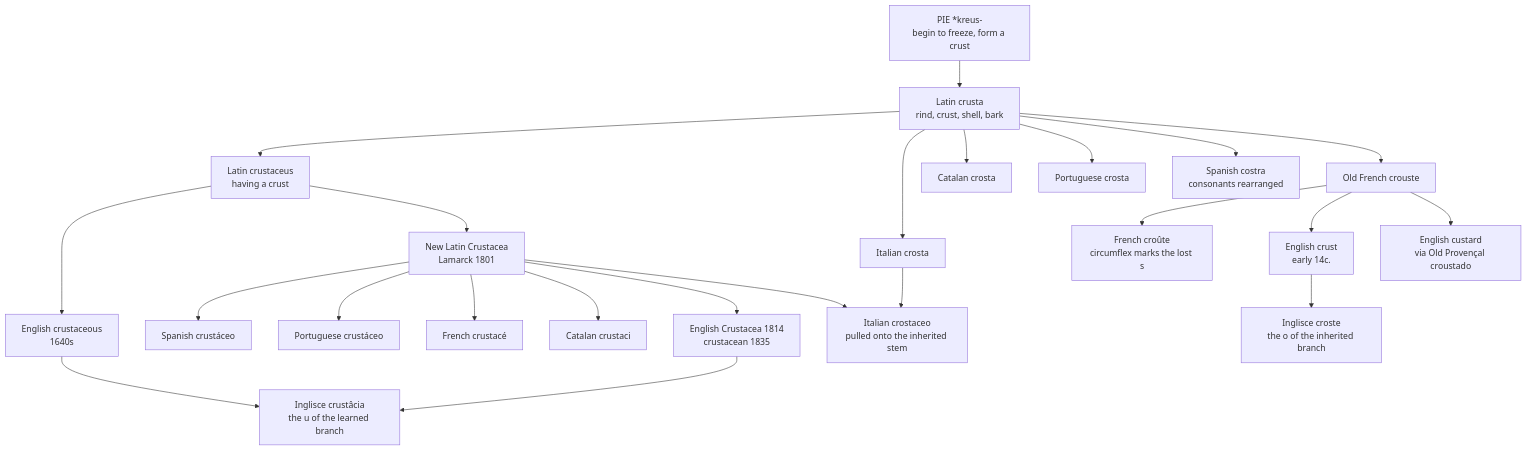
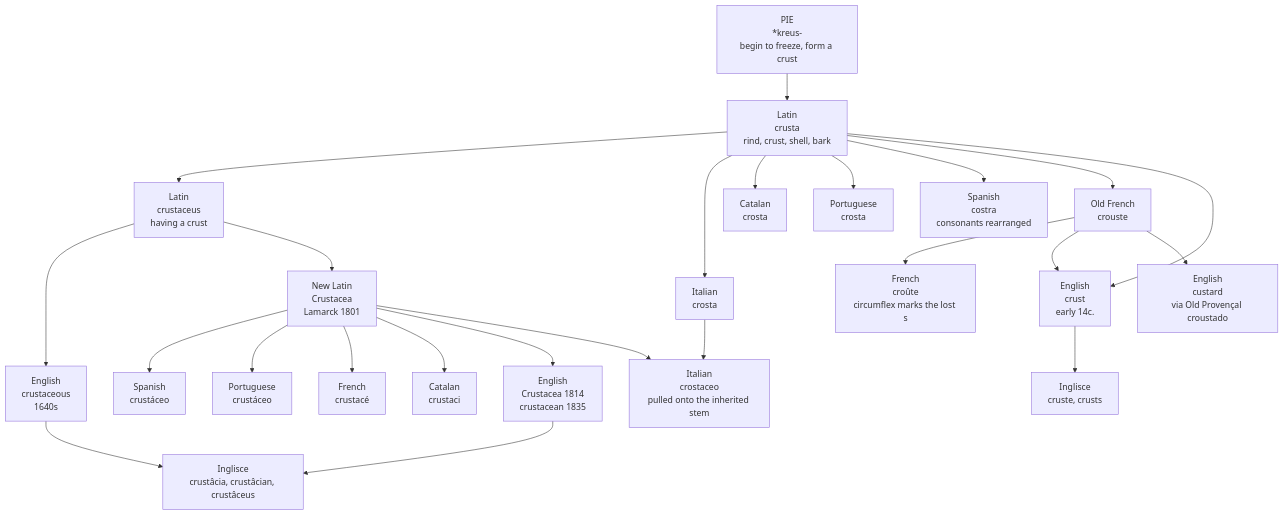
The diagram in data-text/inglisce/etymology/comparisons/c/crust-crustacean.md (dionys93/ety-dictionary), drawn with Mermaid before and after one commit. The commit also changed other lines of this file, not shown here.

````diff
--- a/data-text/inglisce/etymology/comparisons/c/crust-crustacean.md
+++ b/data-text/inglisce/etymology/comparisons/c/crust-crustacean.md
@@ -67,50 +69,51 @@
 ```mermaid
 flowchart TD
-    PIE["PIE *kreus-<br/>begin to freeze, form a crust"]
-    L["Latin crusta<br/>rind, crust, shell, bark"]
-    LADJ["Latin crustaceus<br/>having a crust"]
+    PIE["PIE<br/>*kreus-<br/>begin to freeze, form a crust"]
+    L["Latin<br/>crusta<br/>rind, crust, shell, bark"]
+    LADJ["Latin<br/>crustaceus<br/>having a crust"]
 
-    ITC["Italian crosta"]
-    CATC["Catalan crosta"]
-    PTC["Portuguese crosta"]
-    SPC["Spanish costra<br/>consonants rearranged"]
-    OFC["Old French crouste"]
-    FRC["French croûte<br/>circumflex marks the lost s"]
-    ENC["English crust<br/>early 14c."]
-    CUS["English custard<br/>via Old Provençal croustado"]
+    ITC["Italian<br/>crosta"]
+    CATC["Catalan<br/>crosta"]
+    PTC["Portuguese<br/>crosta"]
+    SPC["Spanish<br/>costra<br/>consonants rearranged"]
+    OFC["Old French<br/>crouste"]
+    FRC["French<br/>croûte<br/>circumflex marks the lost s"]
+    ENC["English<br/>crust<br/>early 14c."]
+    CUS["English<br/>custard<br/>via Old Provençal croustado"]
 
-    ENAJ["English crustaceous<br/>1640s"]
-    NL["New Latin Crustacea<br/>Lamarck 1801"]
-    ITL["Italian crostaceo<br/>pulled onto the inherited stem"]
-    SPL["Spanish crustáceo"]
-    PTL["Portuguese crustáceo"]
-    FRL["French crustacé"]
-    CATL["Catalan crustaci"]
-    ENL["English Crustacea 1814<br/>crustacean 1835"]
+    ENAJ["English<br/>crustaceous<br/>1640s"]
+    NL["New Latin<br/>Crustacea<br/>Lamarck 1801"]
+    ITL["Italian<br/>crostaceo<br/>pulled onto the inherited stem"]
+    SPL["Spanish<br/>crustáceo"]
+    PTL["Portuguese<br/>crustáceo"]
+    FRL["French<br/>crustacé"]
+    CATL["Catalan<br/>crustaci"]
+    ENL["English<br/>Crustacea 1814<br/>crustacean 1835"]
 
-    INGC["Inglisce croste<br/>the o of the inherited branch"]
-    INGL["Inglisce crustâcia<br/>the u of the learned branch"]
+    INGC["Inglisce<br/>cruste, crusts"]
+    INGL["Inglisce<br/>crustâcia, crustâcian, crustâceus"]
 
     PIE --> L
     L --> LADJ
     L --> ITC
     L --> CATC
     L --> PTC
     L --> SPC
     L --> OFC
+    L --> ENC
     OFC --> FRC
     OFC --> ENC
     OFC --> CUS
     LADJ --> ENAJ
     LADJ --> NL
     NL --> SPL
     NL --> PTL
     NL --> FRL
     NL --> CATL
     NL --> ENL
     ITC --> ITL
     NL --> ITL
     ENC --> INGC
     ENL --> INGL
     ENAJ --> INGL
 ```
````
